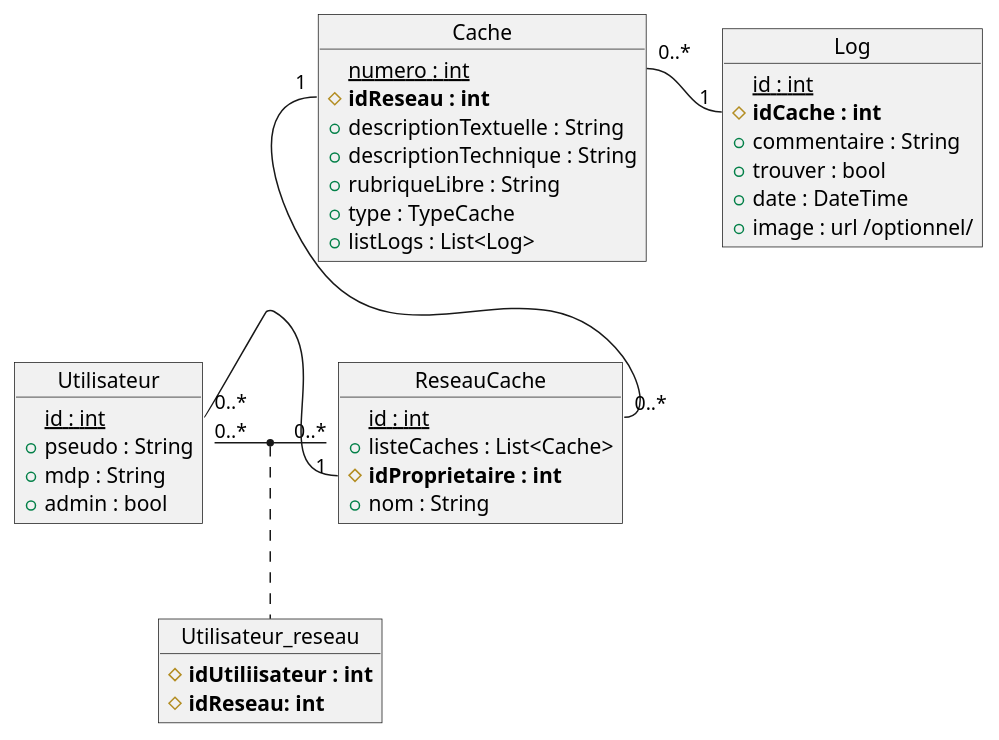
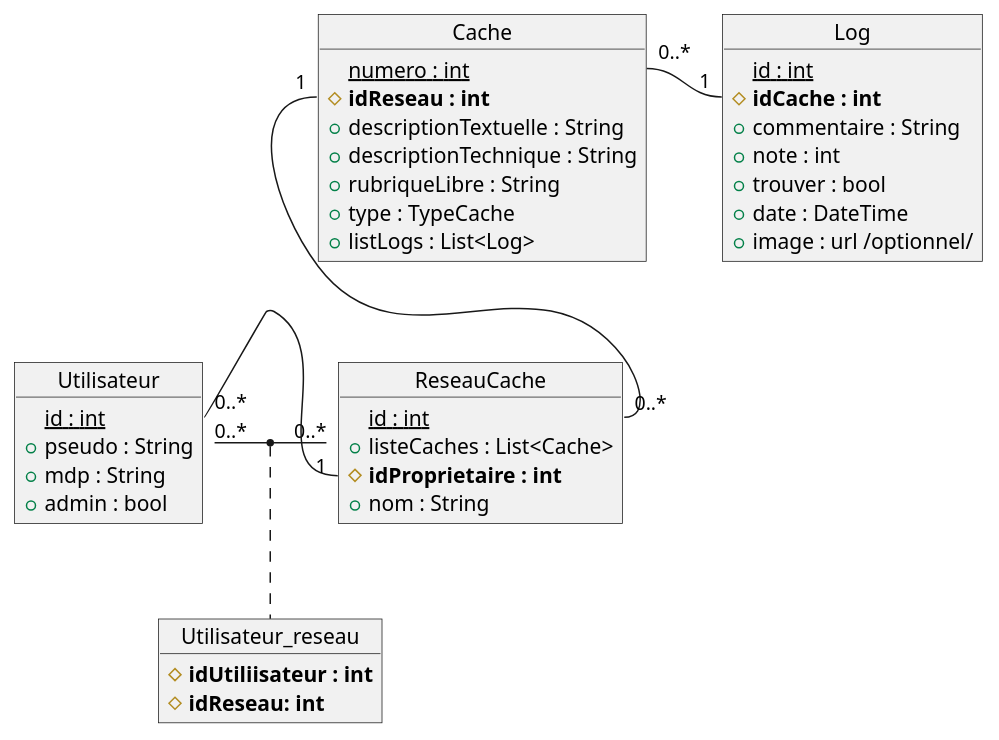
Before and after one commit to Thomas-Duthoit/ge-OO-cache: the diagram in conception/UML/MPD.puml, drawn with PlantUML. The commit also changed 3 other files, not shown here.

```diff
--- a/conception/UML/MPD.puml
+++ b/conception/UML/MPD.puml
@@ -1,49 +1,50 @@
 @startuml
 
 object Utilisateur{
   {static} id : int
   + pseudo : String 
   + mdp : String
   + admin : bool
 }
 
 object ReseauCache{
   {static} id : int
   + listeCaches : List<Cache>
   # <b>idProprietaire : int</b>
   + nom : String
 }
 
 object Utilisateur_reseau{
   # <b>idUtiliisateur : int</b>
   # <b>idReseau: int</b>
 }
 
 object Cache{
   {static} numero : int
   # <b>idReseau : int</b>
   + descriptionTextuelle : String
   + descriptionTechnique : String 
   + rubriqueLibre : String
   + type : TypeCache
   + listLogs : List<Log>
 }
 
 object Log{
   {static} id : int
   # <b>idCache : int</b>
   + commentaire : String
+  + note : int
   + trouver : bool
   + date : DateTime
   + image : url /optionnel/
 }
 
 Utilisateur "0..*" - "0..*" ReseauCache 
 (Utilisateur, ReseauCache) . Utilisateur_reseau
 
 Cache::idReseau "1" -- "0..*" ReseauCache::id 
 
 Cache::numero "0..*" - "1" Log::idCache
 Utilisateur::id "0..*" - "1" ReseauCache::idProprietaire
 
 @enduml
```
